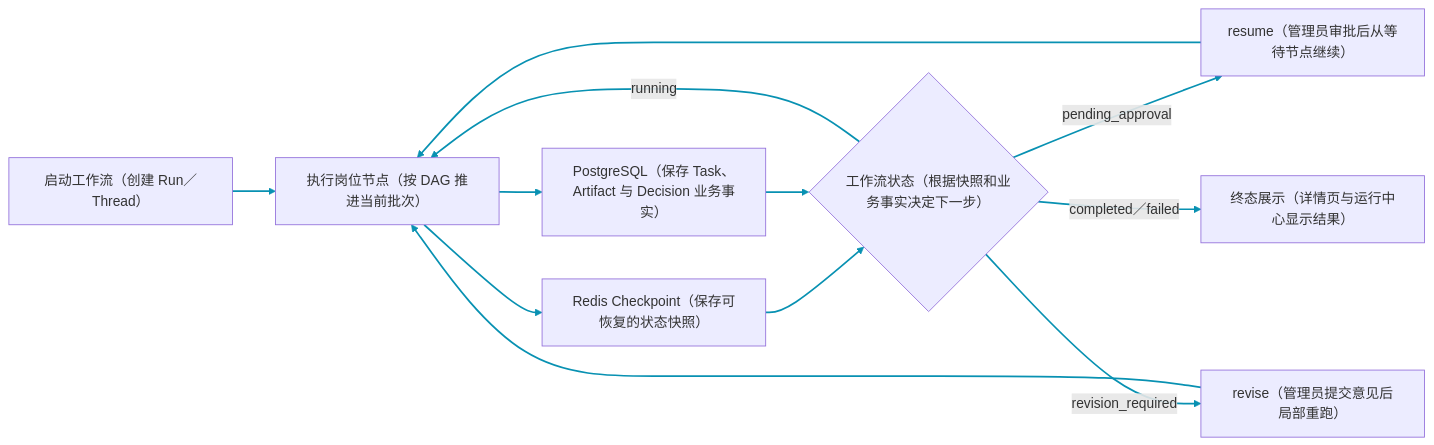
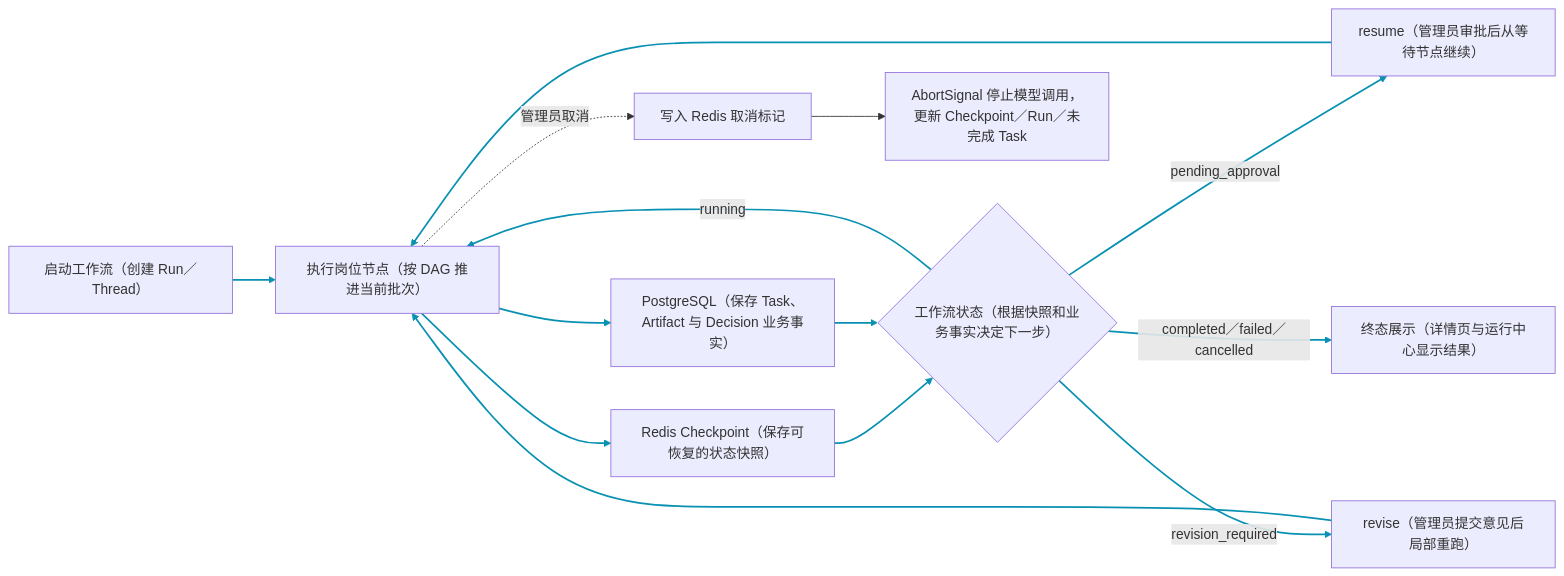
The ninth of 15 diagrams in docs/interview/功能步骤流程.md (monstereatai/RAG), drawn with Mermaid before and after one commit. The commit also changed other lines of this file and 131 other files, not shown here.

````diff
--- a/docs/interview/功能步骤流程.md
+++ b/docs/interview/功能步骤流程.md
@@ -350,15 +361,17 @@
 ```mermaid
 flowchart LR
   A[启动工作流（创建 Run／Thread）] --> B[执行岗位节点（按 DAG 推进当前批次）]
   B --> C[Redis Checkpoint（保存可恢复的状态快照）]
   B --> D[PostgreSQL（保存 Task、Artifact 与 Decision 业务事实）]
   C --> E{工作流状态（根据快照和业务事实决定下一步）}
   D --> E
   E -->|running| B
   E -->|pending_approval| F[resume（管理员审批后从等待节点继续）]
   E -->|revision_required| G[revise（管理员提交意见后局部重跑）]
   F --> B
   G --> B
-  E -->|completed／failed| H[终态展示（详情页与运行中心显示结果）]
+  E -->|completed／failed／cancelled| H[终态展示（详情页与运行中心显示结果）]
+  B -. 管理员取消 .-> I[写入 Redis 取消标记]
+  I --> J[AbortSignal 停止模型调用，更新 Checkpoint／Run／未完成 Task]
   linkStyle 0,1,2,3,4,5,6,7,8,9,10 stroke:#0891b2,stroke-width:2px
 ```
````
